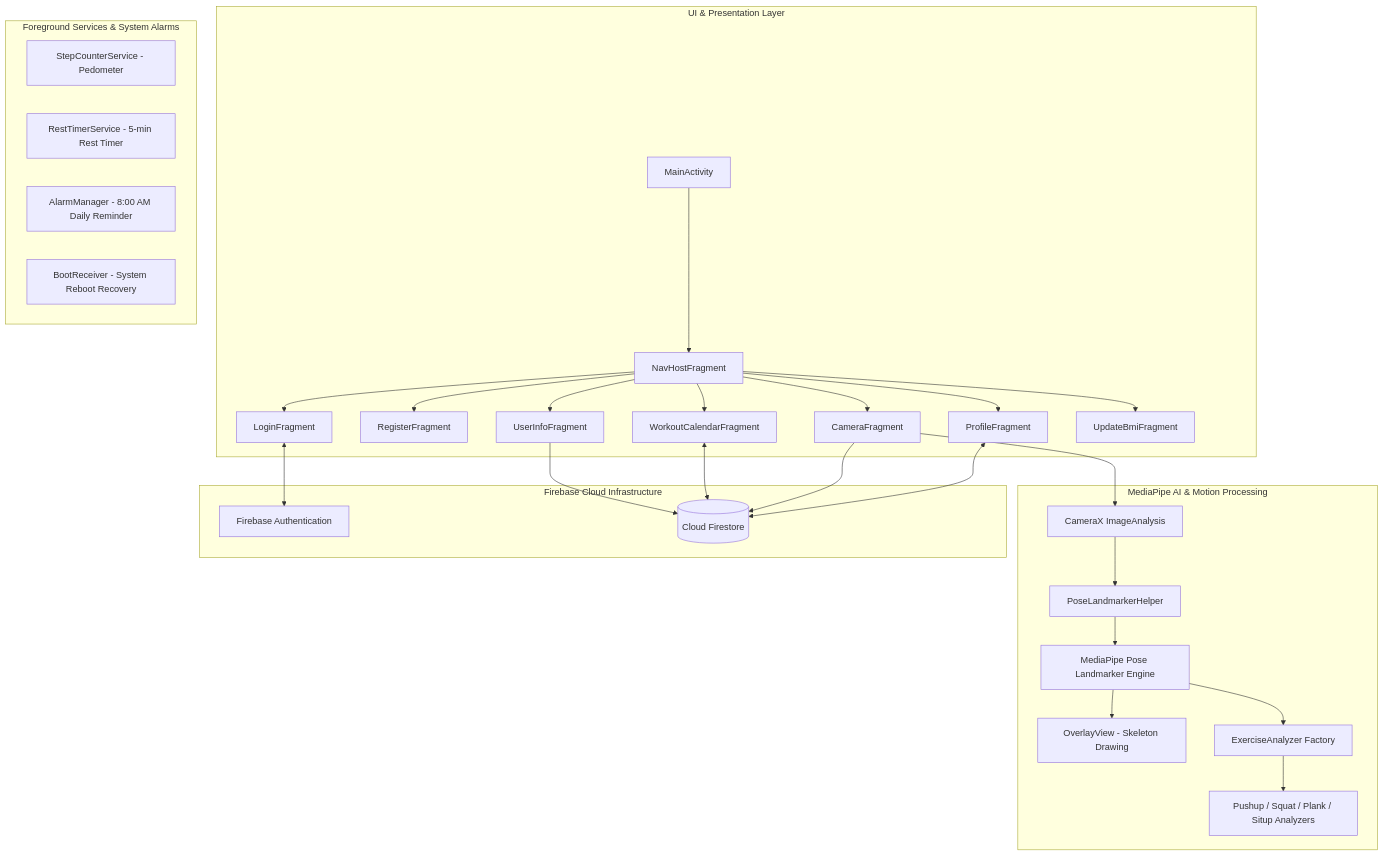
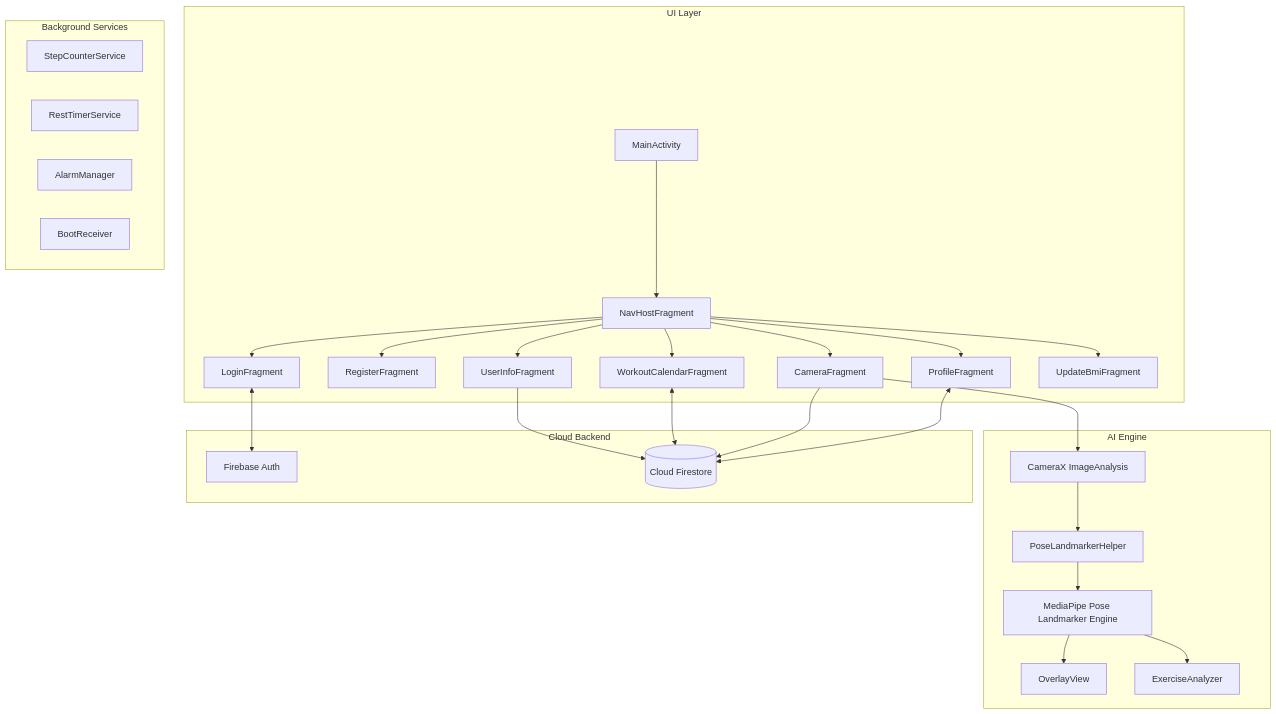
One commit to truongvu-25/AIFitness1 changed the diagram in README.md. Above: the diagram before and after it, drawn with Mermaid. The commit also changed other lines of this file and 4 other files, not shown here.

````diff
--- a/README.md
+++ b/README.md
@@ -50,40 +38,39 @@
 ```mermaid
 flowchart TD
-    subgraph UI Layer [UI & Presentation Layer]
+    subgraph UI Layer
         MA[MainActivity] --> NHF[NavHostFragment]
         NHF --> LF[LoginFragment]
         NHF --> RF[RegisterFragment]
         NHF --> UIF[UserInfoFragment]
         NHF --> WCF[WorkoutCalendarFragment]
         NHF --> CF[CameraFragment]
         NHF --> PF[ProfileFragment]
         NHF --> UBF[UpdateBmiFragment]
     end
 
-    subgraph AI Engine [MediaPipe AI & Motion Processing]
+    subgraph AI Engine
         CF --> CX[CameraX ImageAnalysis]
         CX --> PLH[PoseLandmarkerHelper]
         PLH --> MP[MediaPipe Pose Landmarker Engine]
-        MP --> OV[OverlayView - Skeleton Drawing]
-        MP --> EA[ExerciseAnalyzer Factory]
-        EA --> Analyzers[Pushup / Squat / Plank / Situp Analyzers]
+        MP --> OV[OverlayView]
+        MP --> EA[ExerciseAnalyzer]
     end
 
-    subgraph Background Services [Foreground Services & System Alarms]
-        SCS[StepCounterService - Pedometer]
-        RTS[RestTimerService - 5-min Rest Timer]
-        AM[AlarmManager - 8:00 AM Daily Reminder]
-        BR[BootReceiver - System Reboot Recovery]
+    subgraph Background Services
+        SCS[StepCounterService]
+        RTS[RestTimerService]
+        AM[AlarmManager]
+        BR[BootReceiver]
     end
 
-    subgraph Cloud Backend [Firebase Cloud Infrastructure]
-        FA[Firebase Authentication]
+    subgraph Cloud Backend
+        FA[Firebase Auth]
         FS[(Cloud Firestore)]
     end
 
     LF <--> FA
     UIF --> FS
     WCF <--> FS
     CF --> FS
     PF <--> FS
 ```
````
